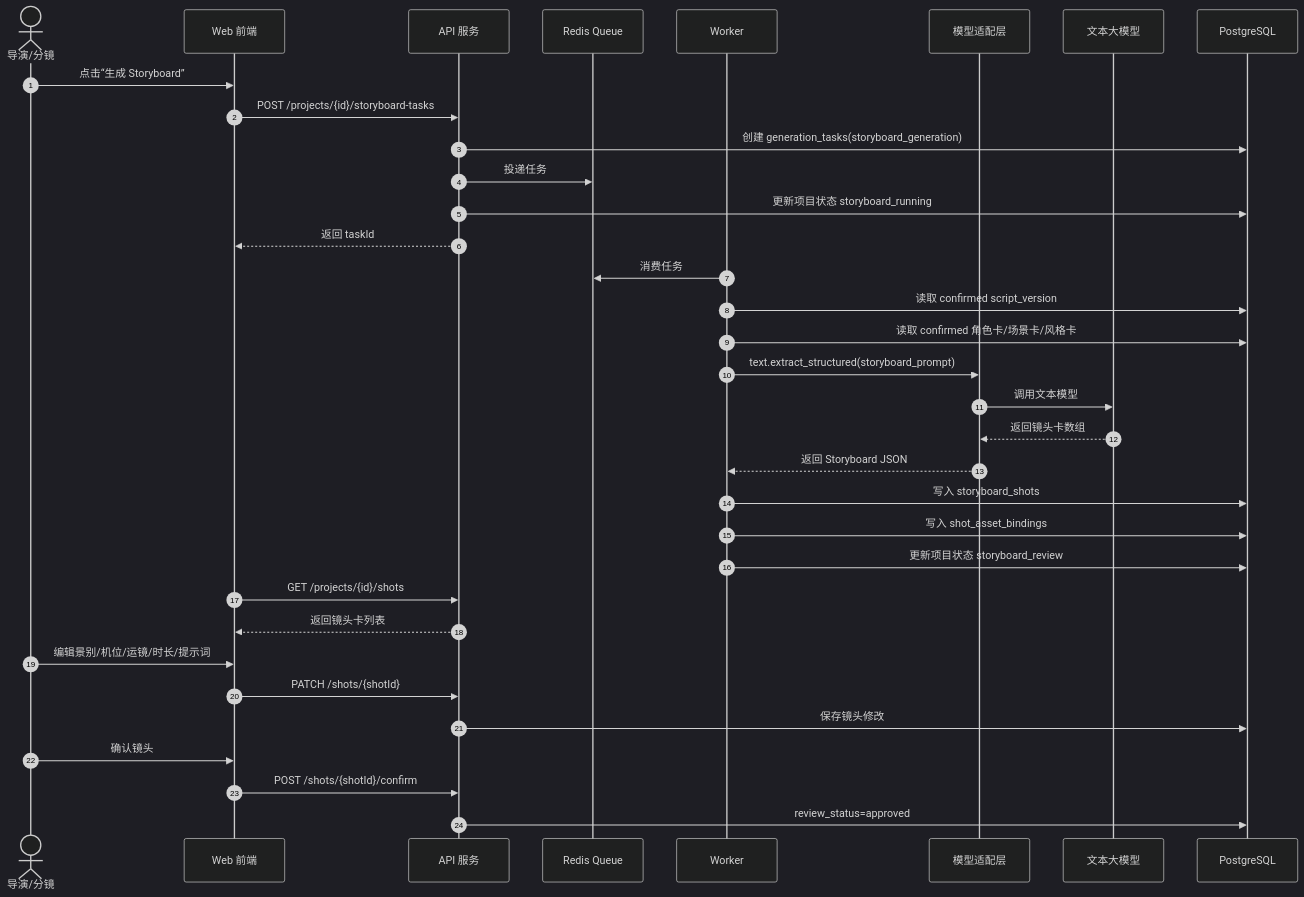
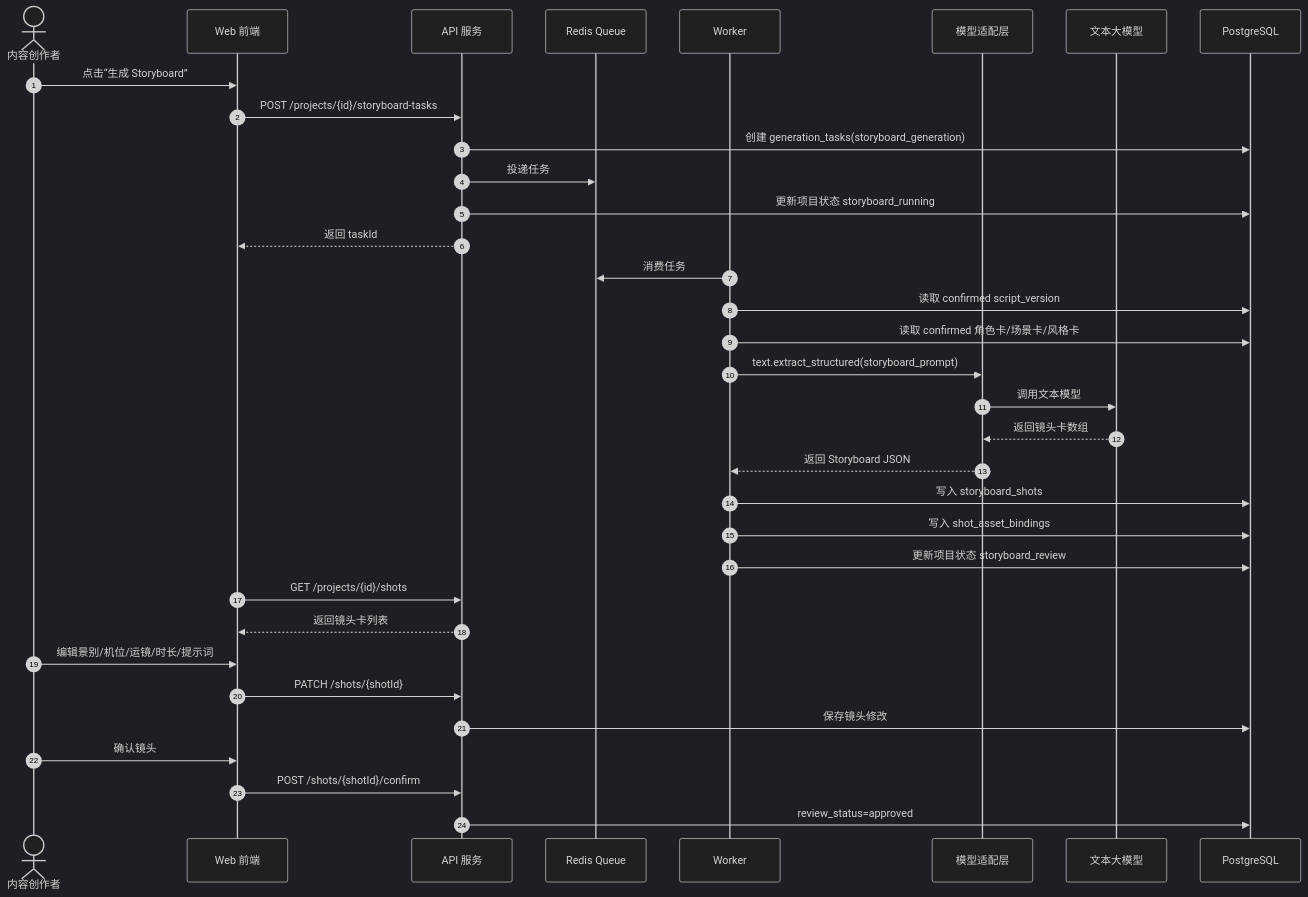
Before and after one commit to pleasureswx123/cine-forge: diagram 17 of 21 in docs/10-C4模型流程图架构图时序图.md, drawn with Mermaid (dark theme). The commit also changed other lines of this file and 20 other files, not shown here.

````diff
--- a/docs/10-C4模型流程图架构图时序图.md
+++ b/docs/10-C4模型流程图架构图时序图.md
@@ -673,39 +671,39 @@
 ```mermaid
 sequenceDiagram
     autonumber
-    actor User as 导演/分镜
+    actor User as 内容创作者
     participant Web as Web 前端
     participant API as API 服务
     participant Queue as Redis Queue
     participant Worker as Worker
     participant Adapter as 模型适配层
     participant LLM as 文本大模型
     participant DB as PostgreSQL
 
     User->>Web: 点击“生成 Storyboard”
     Web->>API: POST /projects/{id}/storyboard-tasks
     API->>DB: 创建 generation_tasks(storyboard_generation)
     API->>Queue: 投递任务
     API->>DB: 更新项目状态 storyboard_running
     API-->>Web: 返回 taskId
 
     Worker->>Queue: 消费任务
     Worker->>DB: 读取 confirmed script_version
     Worker->>DB: 读取 confirmed 角色卡/场景卡/风格卡
     Worker->>Adapter: text.extract_structured(storyboard_prompt)
     Adapter->>LLM: 调用文本模型
     LLM-->>Adapter: 返回镜头卡数组
     Adapter-->>Worker: 返回 Storyboard JSON
     Worker->>DB: 写入 storyboard_shots
     Worker->>DB: 写入 shot_asset_bindings
     Worker->>DB: 更新项目状态 storyboard_review
 
     Web->>API: GET /projects/{id}/shots
     API-->>Web: 返回镜头卡列表
     User->>Web: 编辑景别/机位/运镜/时长/提示词
     Web->>API: PATCH /shots/{shotId}
     API->>DB: 保存镜头修改
     User->>Web: 确认镜头
     Web->>API: POST /shots/{shotId}/confirm
     API->>DB: review_status=approved
 ```
````
